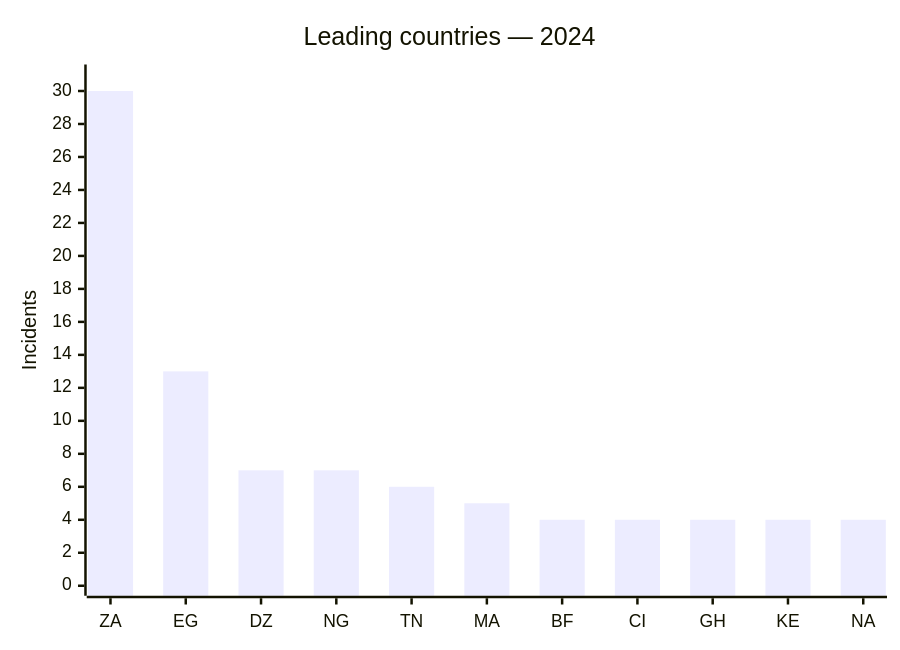
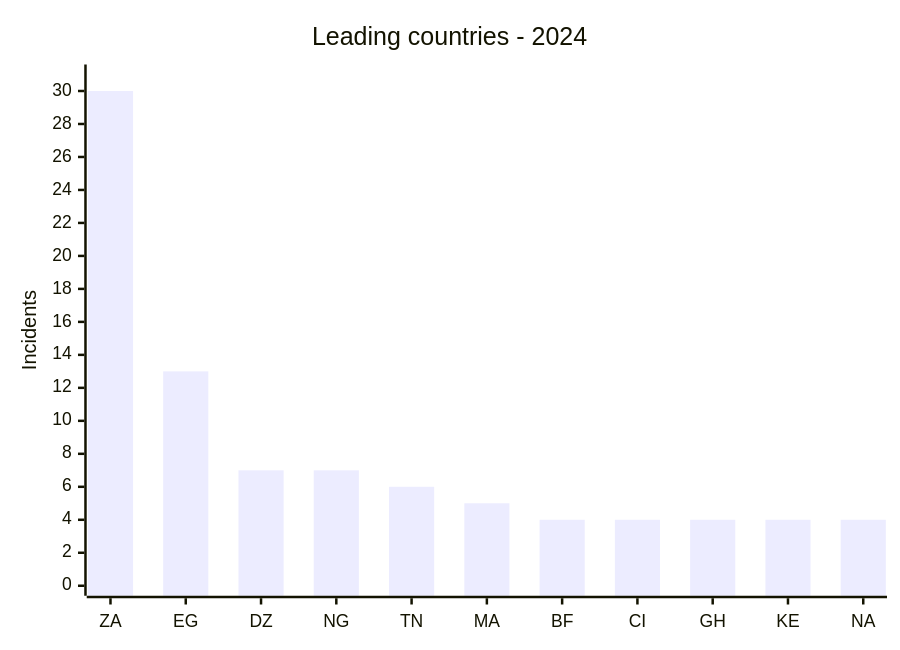
Before and after one commit to Hatchepsoute/AFRINTEL: the third of 3 diagrams in CyberAttackAfrica/2024/README.md, drawn with Mermaid. The commit also changed other lines of this file and 182 other files, not shown here.

````diff
--- a/CyberAttackAfrica/2024/README.md
+++ b/CyberAttackAfrica/2024/README.md
@@ -107,7 +107,7 @@
 ```mermaid
 xychart
-    title "Leading countries — 2024"
+    title "Leading countries - 2024"
     x-axis ["ZA","EG","DZ","NG","TN","MA","BF","CI","GH","KE","NA"]
     y-axis "Incidents" 0 --> 31
     bar [30,13,7,7,6,5,4,4,4,4,4]
 ```
````
